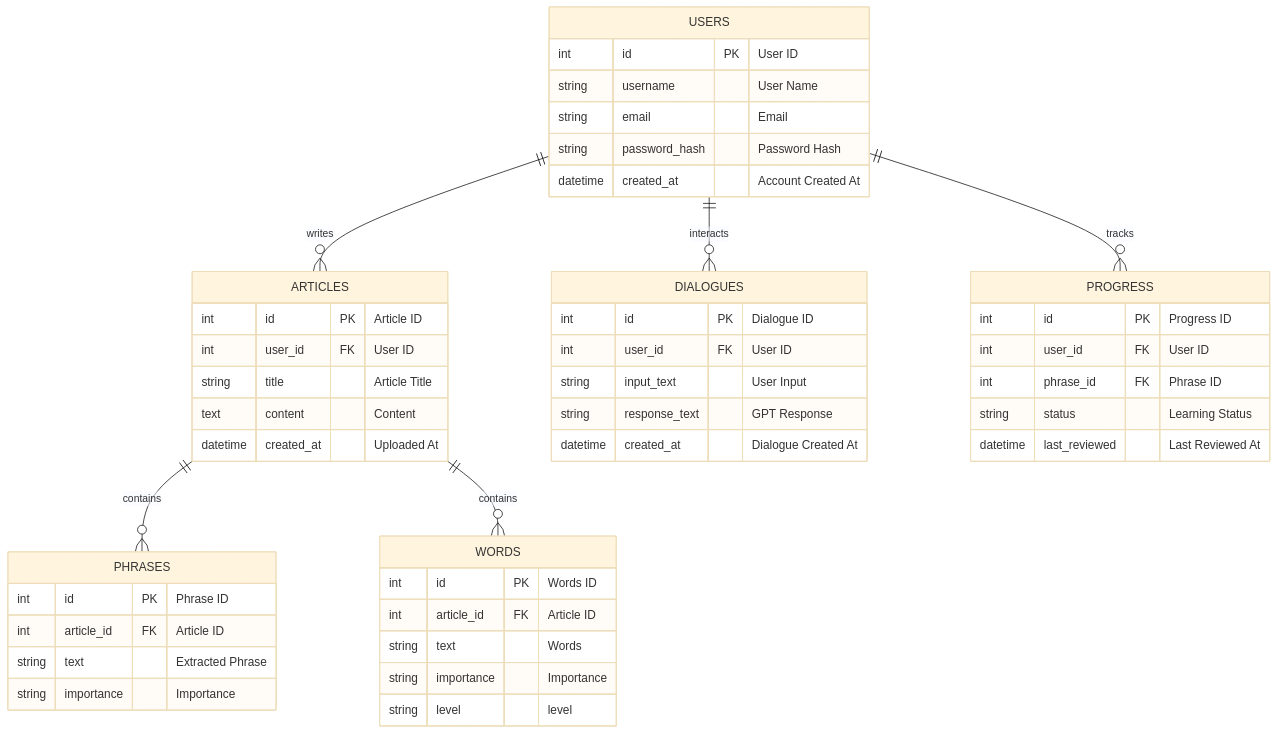
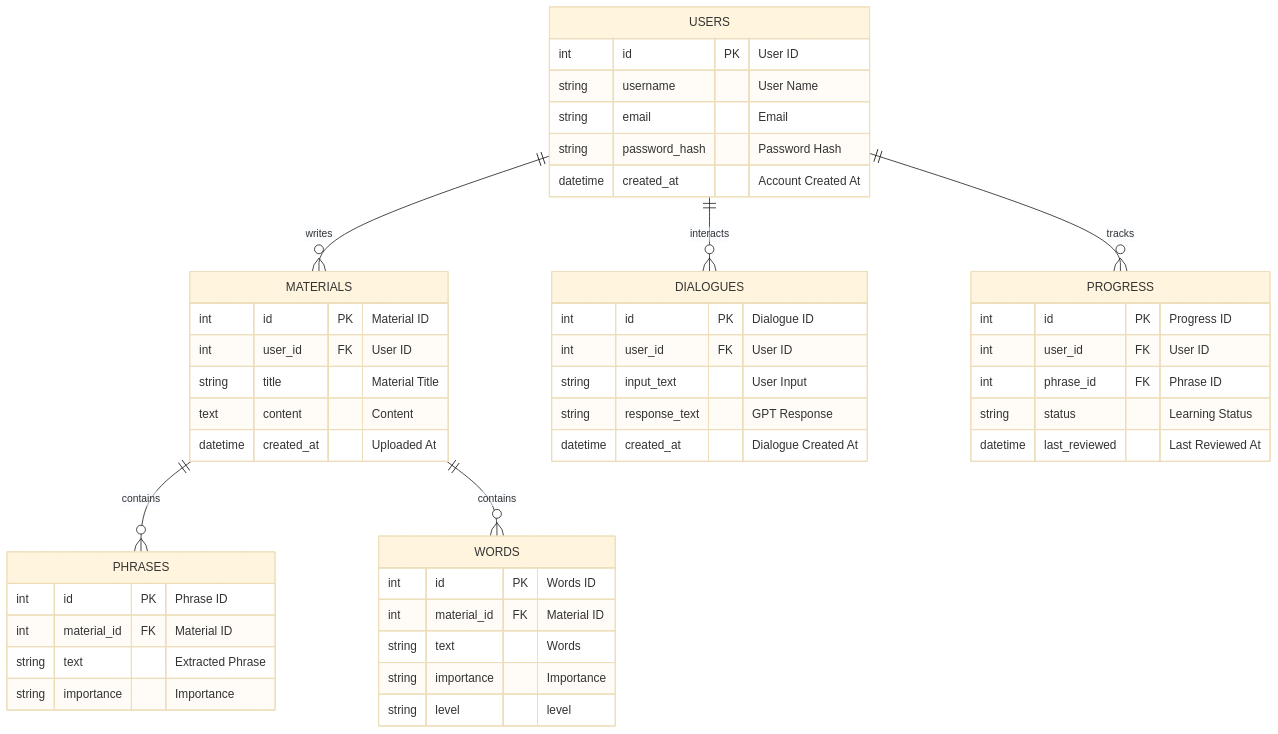
Before and after one commit to yomek33/talki: the diagram in database.md, drawn with Mermaid (base theme). The commit also changed 20 other files, not shown here.

````diff
--- a/database.md
+++ b/database.md
@@ -1,49 +1,49 @@
 ```mermaid
 erDiagram
-USERS ||--o{ ARTICLES : writes
+USERS ||--o{ MATERIALS : writes
 USERS ||--o{ DIALOGUES : interacts
 USERS ||--o{ PROGRESS : tracks
-ARTICLES ||--o{ PHRASES : contains
-ARTICLES ||--o{ WORDS : contains
+MATERIALS ||--o{ PHRASES : contains
+MATERIALS ||--o{ WORDS : contains
 USERS {
 int id PK "User ID"
 string username "User Name"
 string email "Email"
 string password_hash "Password Hash"
 datetime created_at "Account Created At"
 }
-ARTICLES {
-int id PK "Article ID"
+MATERIALS {
+int id PK "Material ID"
 int user_id FK "User ID"
-string title "Article Title"
+string title "Material Title"
 text content "Content"
 datetime created_at "Uploaded At"
 }
 PHRASES {
 int id PK "Phrase ID"
-int article_id FK "Article ID"
+int material_id FK "Material ID"
 string text "Extracted Phrase"
 string importance "Importance"
 }
 WORDS {
 int id PK "Words ID"
-int article_id FK "Article ID"
+int material_id FK "Material ID"
 string text "Words"
 string importance "Importance"
 string level "level"
 }
 DIALOGUES {
 int id PK "Dialogue ID"
 int user_id FK "User ID"
 string input_text "User Input"
 string response_text "GPT Response"
 datetime created_at "Dialogue Created At"
 }
 PROGRESS {
 int id PK "Progress ID"
 int user_id FK "User ID"
 int phrase_id FK "Phrase ID"
 string status "Learning Status"
 datetime last_reviewed "Last Reviewed At"
 }
 ```
````
